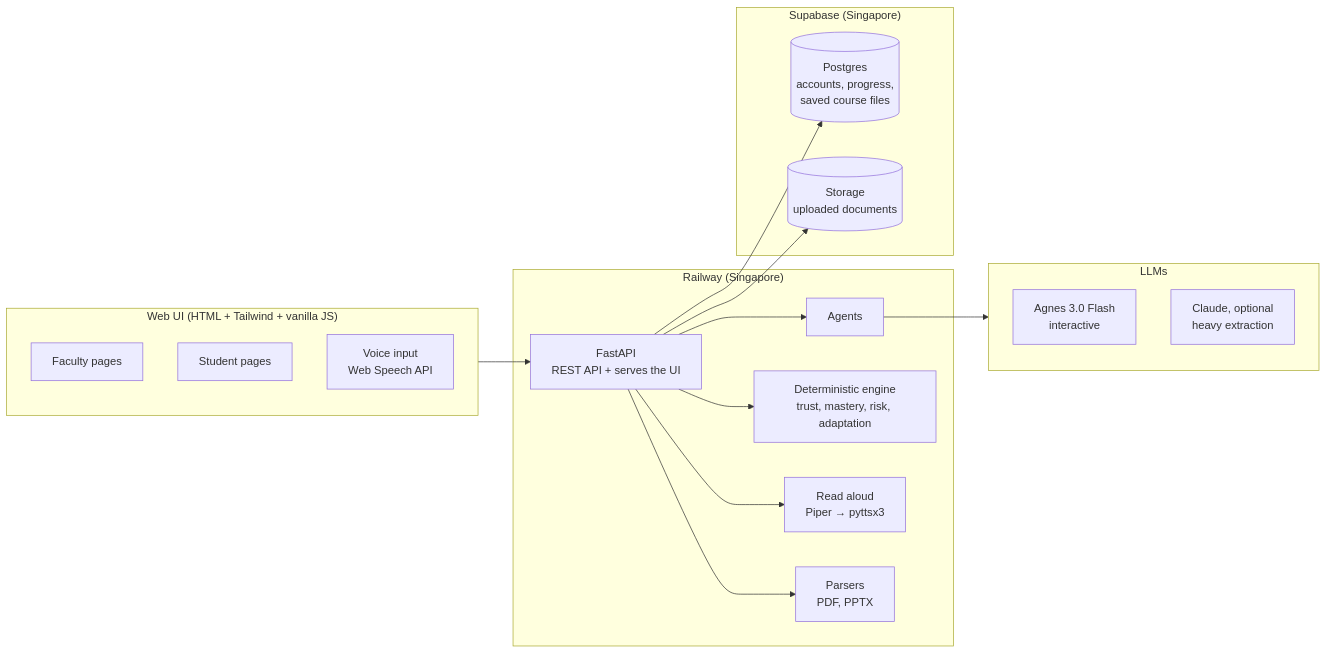
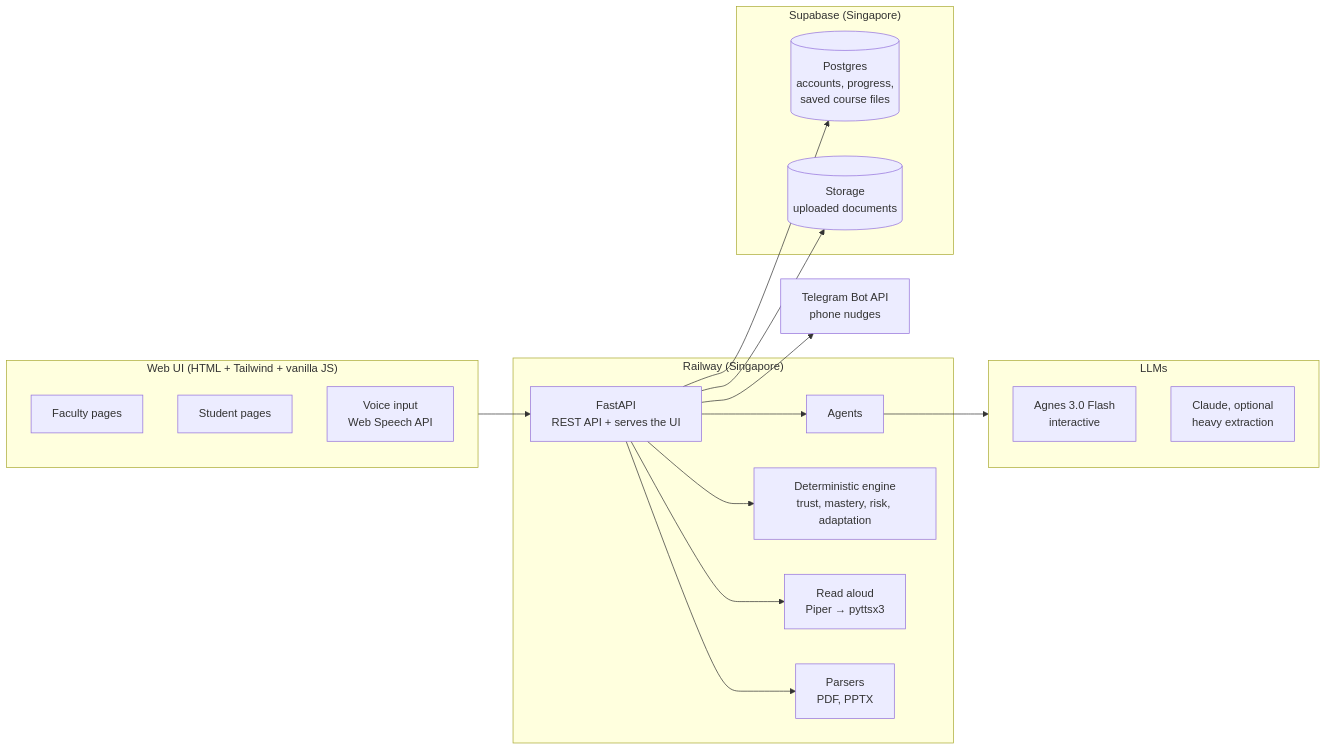
Before and after one commit to vlallen544/Hackerring_project: the second of 2 diagrams in README.md, drawn with Mermaid. The commit also changed other lines of this file, not shown here.

````diff
--- a/README.md
+++ b/README.md
@@ -154,34 +161,37 @@
 ```mermaid
 flowchart LR
     subgraph Browser["Web UI (HTML + Tailwind + vanilla JS)"]
         FT[Faculty pages]
         ST[Student pages]
         V[Voice input<br/>Web Speech API]
     end
 
     subgraph Railway["Railway (Singapore)"]
         API[FastAPI<br/>REST API + serves the UI]
         AG[Agents]
         CORE[Deterministic engine<br/>trust, mastery, risk, adaptation]
         TTS[Read aloud<br/>Piper → pyttsx3]
         PARSE[Parsers<br/>PDF, PPTX]
     end
 
     subgraph LLM["LLMs"]
         M1[Agnes 3.0 Flash<br/>interactive]
         M2[Claude, optional<br/>heavy extraction]
     end
 
+    TG[Telegram Bot API<br/>phone nudges]
+
     subgraph Supabase["Supabase (Singapore)"]
         PG[(Postgres<br/>accounts, progress,<br/>saved course files)]
         SS[(Storage<br/>uploaded documents)]
     end
 
     Browser --> API
     API --> AG --> LLM
     API --> CORE
     API --> TTS
     API --> PARSE
     API --> PG
     API --> SS
+    API --> TG
 ```
````
